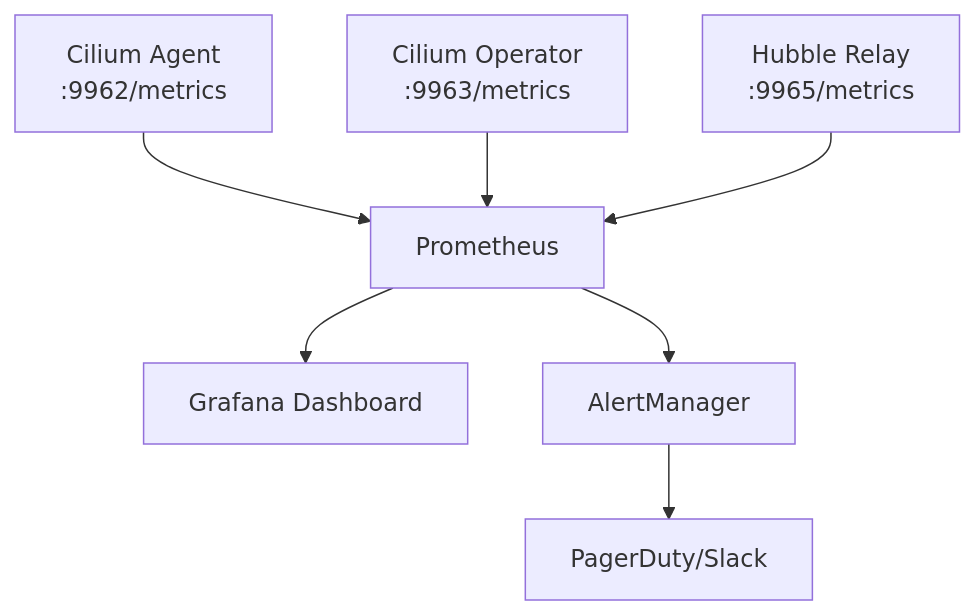
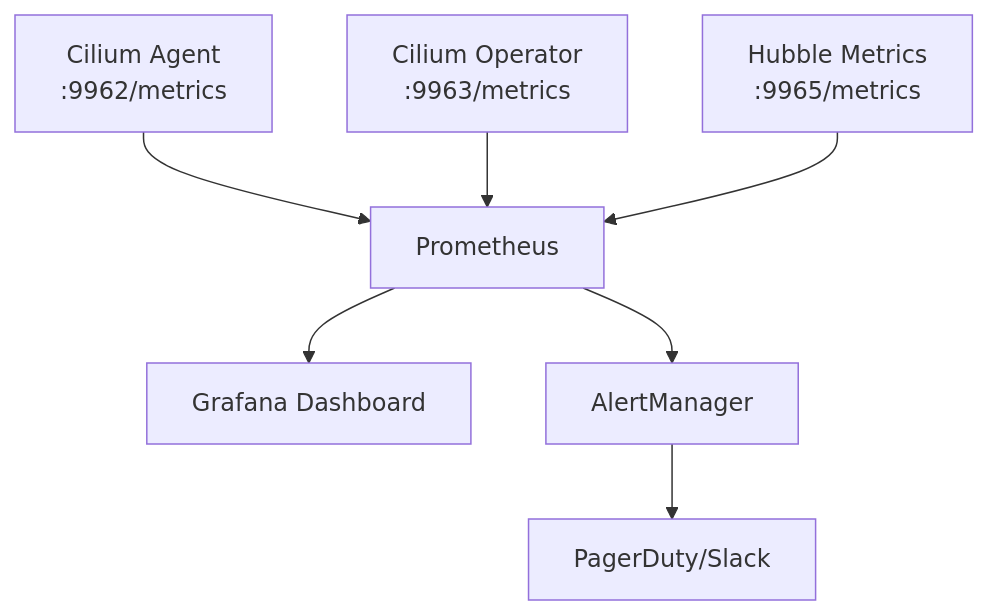
One commit to OneUptime/blog changed the diagram in posts/2026-03-13-cilium-metrics-prometheus/README.md. Above: the diagram before and after it, drawn with Mermaid. The commit also changed other lines of this file and 2 other files, not shown here.

Commit message:
validate: 2026-03-13-cilium-metrics-prometheus

````diff
--- a/posts/2026-03-13-cilium-metrics-prometheus/README.md
+++ b/posts/2026-03-13-cilium-metrics-prometheus/README.md
@@ -161,9 +189,9 @@
 ```mermaid
 flowchart TD
     A[Cilium Agent\n:9962/metrics] --> B[Prometheus]
     C[Cilium Operator\n:9963/metrics] --> B
-    D[Hubble Relay\n:9965/metrics] --> B
+    D[Hubble Metrics\n:9965/metrics] --> B
     B --> E[Grafana Dashboard]
     B --> F[AlertManager]
     F --> G[PagerDuty/Slack]
 ```
````
